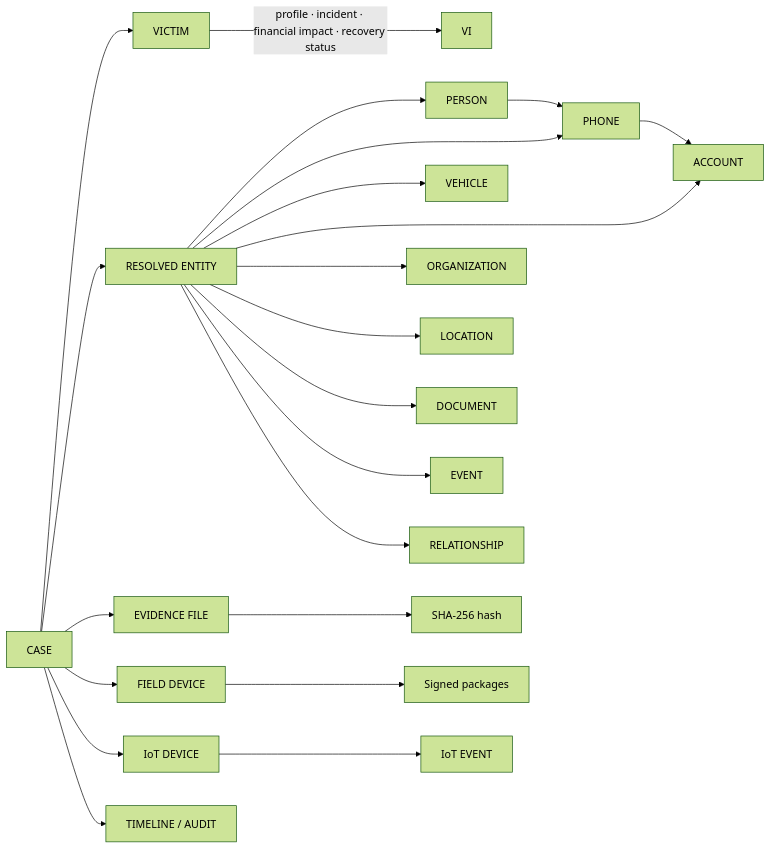
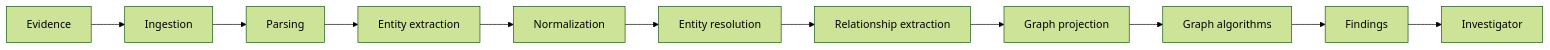
Before and after one commit to 0xhroot/cybersaarthi: the third of 4 diagrams in README.md, drawn with Mermaid (forest theme). The commit also changed other lines of this file and 28 other files, not shown here.

````diff
--- a/README.md
+++ b/README.md
@@ -527,25 +220,6 @@
 ```mermaid
 flowchart LR
-    CASE["CASE"]
-    CASE --> VIC["VICTIM"]
-    VIC --> |"profile · incident · financial impact · recovery status"| VI
-    CASE --> ENT["RESOLVED ENTITY"]
-    ENT --> P["PERSON"]
-    ENT --> PH["PHONE"]
-    ENT --> VE["VEHICLE"]
-    ENT --> AC["ACCOUNT"]
-    ENT --> ORG["ORGANIZATION"]
-    ENT --> LOC["LOCATION"]
-    ENT --> DOC["DOCUMENT"]
-    ENT --> EV["EVENT"]
-    P --> PH
-    PH --> AC
-    ENT --> REL["RELATIONSHIP"]
-    CASE --> EVD["EVIDENCE FILE"]
-    EVD --> H["SHA-256 hash"]
-    CASE --> FD["FIELD DEVICE"]
-    FD --> PK["Signed packages"]
-    CASE --> IOD["IoT DEVICE"]
-    IOD --> IOE["IoT EVENT"]
-    CASE --> TL["TIMELINE / AUDIT"]
+    E["Evidence"] --> A["Ingestion"] --> B["Parsing"] --> C["Entity extraction"]
+    C --> D["Normalization"] --> R["Entity resolution"] --> X["Relationship extraction"]
+    X --> P["Graph projection"] --> G["Graph algorithms"] --> F["Findings"] --> I["Investigator"]
 ```
````
